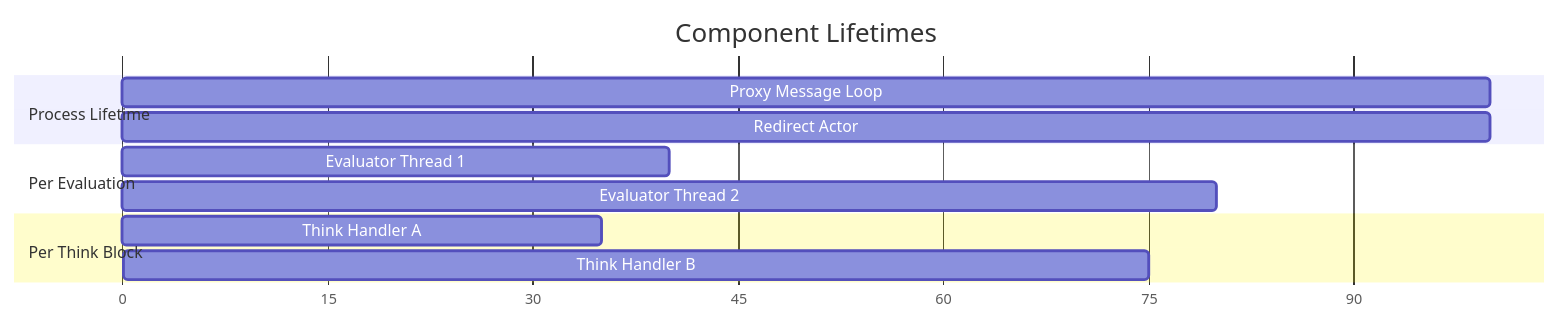
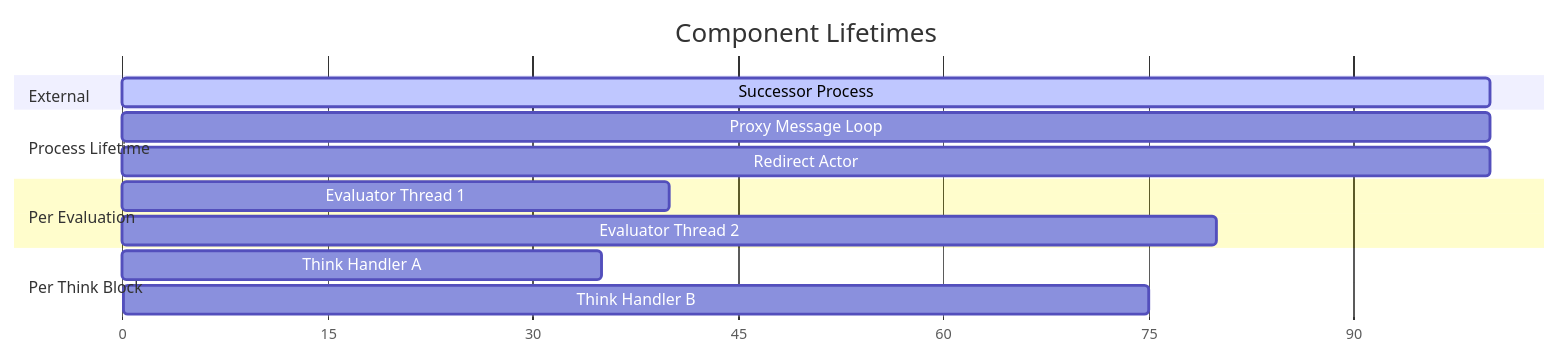
One commit to dherman/patchwork changed the second of 3 diagrams in docs/arch/src/threading.md. Above: the diagram before and after it, drawn with Mermaid.

Commit message:
add successor process to component lifetime diagram

````diff
--- a/docs/arch/src/threading.md
+++ b/docs/arch/src/threading.md
@@ -90,18 +90,21 @@
 ```mermaid
 gantt
     title Component Lifetimes
     dateFormat X
     axisFormat %s
+
+    section External
+    Successor Process     :active, 0, 100
 
     section Process Lifetime
     Proxy Message Loop    :0, 100
     Redirect Actor        :0, 100
 
     section Per Evaluation
     Evaluator Thread 1    :10, 40
     Evaluator Thread 2    :50, 80
 
     section Per Think Block
     Think Handler A       :15, 35
     Think Handler B       :55, 75
 ```
````
